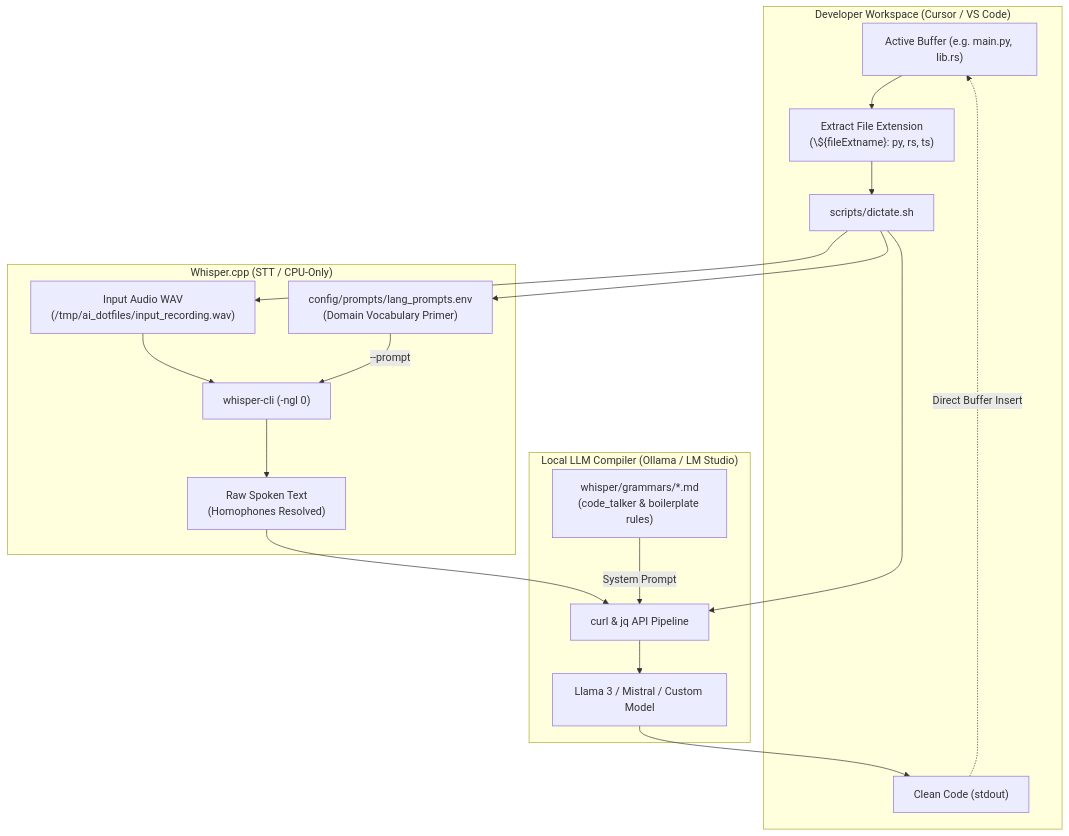
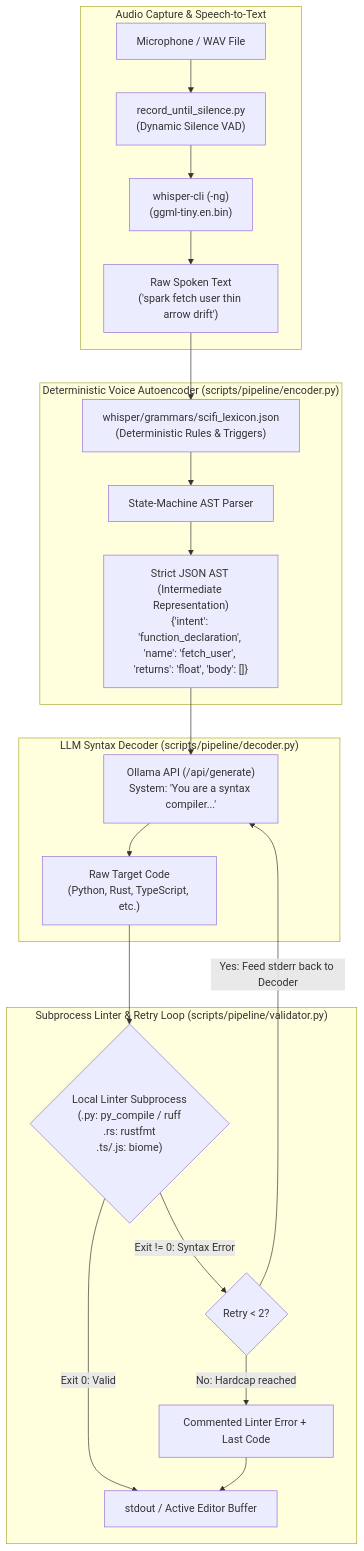
Before and after one commit to gabrieljord/ai_dotfiles: the diagram in README.md, drawn with Mermaid. The commit also changed other lines of this file and 7 other files, not shown here.

Commit message:
feat: implement deterministic Autoencoder/Decoder dictation pipeline (v2)

````diff
--- a/README.md
+++ b/README.md
@@ -14,25 +14,27 @@
 ```mermaid
 flowchart TD
-    subgraph IDE["Developer Workspace (Cursor / VS Code)"]
-        ACTIVE["Active Buffer (e.g. main.py, lib.rs)"] --> EXT["Extract File Extension\n(\${fileExtname}: py, rs, ts)"]
-        EXT --> DICTATE["scripts/dictate.sh"]
-        STDOUT["Clean Code (stdout)"] -.->|Direct Buffer Insert| ACTIVE
+    subgraph AudioSTT["Audio Capture & Speech-to-Text"]
+        MIC["Microphone / WAV File"] --> VAD["record_until_silence.py\n(Dynamic Silence VAD)"]
+        VAD --> WCPP["whisper-cli (-ng)\n(ggml-tiny.en.bin)"]
+        WCPP --> RAW["Raw Spoken Text\n('spark fetch user thin arrow drift')"]
     end
 
-    subgraph WhisperEngine["Whisper.cpp (STT / CPU-Only)"]
-        WAV["Input Audio WAV\n(/tmp/ai_dotfiles/input_recording.wav)"] --> WCPP["whisper-cli (-ngl 0)"]
-        PROMPTS["config/prompts/lang_prompts.env\n(Domain Vocabulary Primer)"] -->|--prompt| WCPP
-        WCPP --> RAW["Raw Spoken Text\n(Homophones Resolved)"]
+    subgraph Autoencoder["Deterministic Voice Autoencoder (scripts/pipeline/encoder.py)"]
+        RAW --> LEX["whisper/grammars/scifi_lexicon.json\n(Deterministic Rules & Triggers)"]
+        LEX --> SM["State-Machine AST Parser"]
+        SM --> AST["Strict JSON AST (Intermediate Representation)\n{'intent': 'function_declaration', 'name': 'fetch_user', 'returns': 'float', 'body': []}"]
     end
 
-    subgraph LLMEngine["Local LLM Compiler (Ollama / LM Studio)"]
-        RAW --> CURL["curl & jq API Pipeline"]
-        GRAMMARS["whisper/grammars/*.md\n(code_talker & boilerplate rules)"] -->|System Prompt| CURL
-        CURL --> LLM["Llama 3 / Mistral / Custom Model"]
-        LLM --> STDOUT
+    subgraph LLMDecoder["LLM Syntax Decoder (scripts/pipeline/decoder.py)"]
+        AST --> OLLAMA["Ollama API (/api/generate)\nSystem: 'You are a syntax compiler...'"]
+        OLLAMA --> CODE["Raw Target Code\n(Python, Rust, TypeScript, etc.)"]
     end
 
-    DICTATE --> WAV
-    DICTATE --> PROMPTS
-    DICTATE --> CURL
+    subgraph ValidatorLoop["Subprocess Linter & Retry Loop (scripts/pipeline/validator.py)"]
+        CODE --> LINTER{"Local Linter Subprocess\n(.py: py_compile / ruff\n.rs: rustfmt\n.ts/.js: biome)"}
+        LINTER -->|Exit 0: Valid| STDOUT["stdout / Active Editor Buffer"]
+        LINTER -->|Exit != 0: Syntax Error| RETRY{"Retry < 2?"}
+        RETRY -->|Yes: Feed stderr back to Decoder| OLLAMA
+        RETRY -->|No: Hardcap reached| COMMENT["Commented Linter Error + Last Code"] --> STDOUT
+    end
 ```
````
